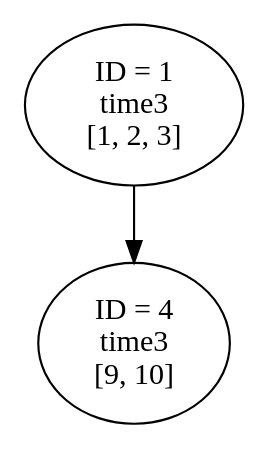
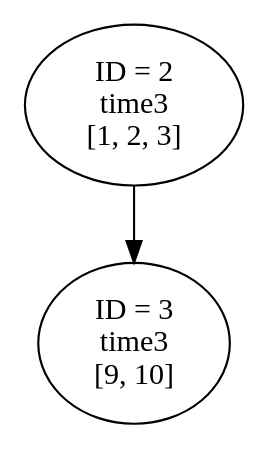
Before and after one commit to zzzzzec/work: the diagram in gt/SCCGraph/graph3.gv, drawn with Graphviz. The commit also changed 76 other files, not shown here.

```diff
--- a/gt/SCCGraph/graph3.gv
+++ b/gt/SCCGraph/graph3.gv
@@ -1,10 +1,10 @@
 // sccGraph3
 digraph {
-	4 [label="ID = 4
+	3 [label="ID = 3
 time3
 [9, 10]"]
-	1 [label="ID = 1
+	2 [label="ID = 2
 time3
 [1, 2, 3]"]
-	1 -> 4
+	2 -> 3
 }
```
